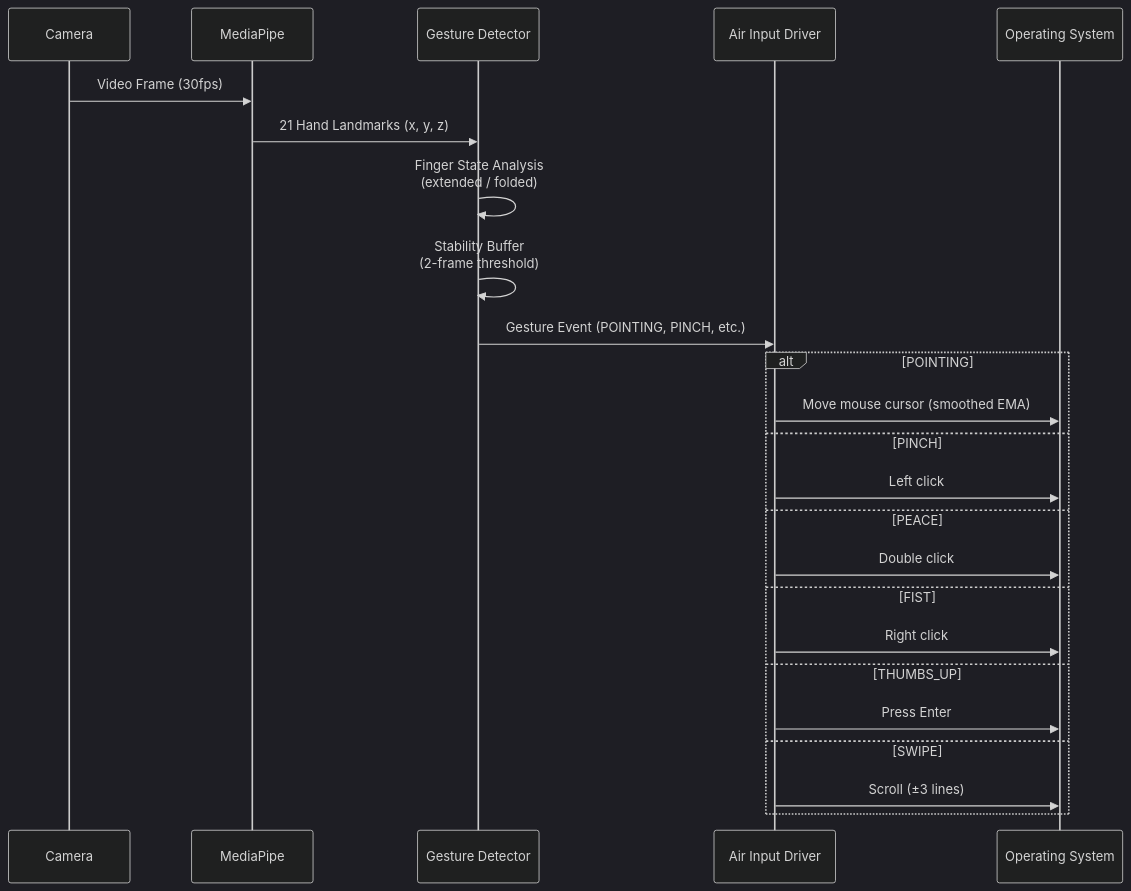
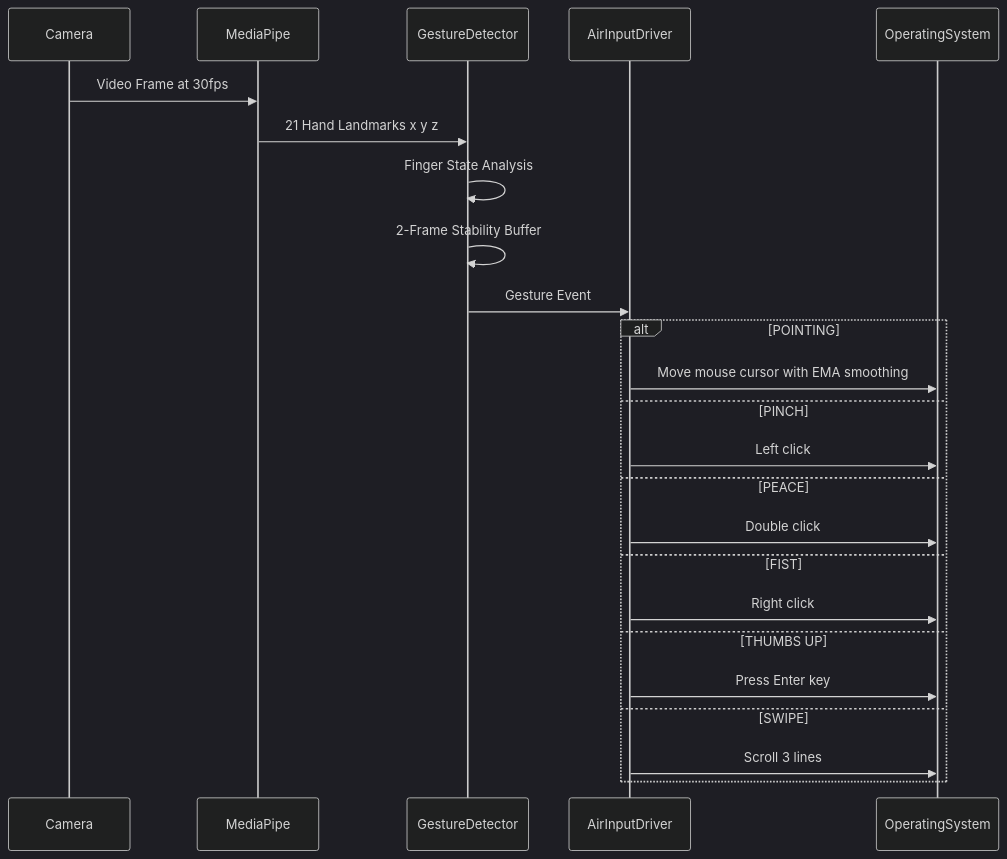
The second of 6 diagrams in README.md (RajTewari01/Spatial_tracer), drawn with Mermaid (dark theme) before and after one commit. The commit also changed other lines of this file, not shown here.

Commit message:
fix: Mermaid diagrams - remove emoji, br tags, style directives for GitHub rendering

````diff
--- a/README.md
+++ b/README.md
@@ -69,28 +65,28 @@
 ```mermaid
 sequenceDiagram
     participant C as Camera
     participant MP as MediaPipe
-    participant GD as Gesture Detector
-    participant D as Air Input Driver
-    participant OS as Operating System
+    participant GD as GestureDetector
+    participant D as AirInputDriver
+    participant OS as OperatingSystem
 
-    C->>MP: Video Frame (30fps)
-    MP->>GD: 21 Hand Landmarks (x, y, z)
-    GD->>GD: Finger State Analysis<br/>(extended / folded)
-    GD->>GD: Stability Buffer<br/>(2-frame threshold)
-    GD->>D: Gesture Event (POINTING, PINCH, etc.)
-    
+    C->>MP: Video Frame at 30fps
+    MP->>GD: 21 Hand Landmarks x y z
+    GD->>GD: Finger State Analysis
+    GD->>GD: 2-Frame Stability Buffer
+    GD->>D: Gesture Event
+
     alt POINTING
-        D->>OS: Move mouse cursor (smoothed EMA)
+        D->>OS: Move mouse cursor with EMA smoothing
     else PINCH
         D->>OS: Left click
     else PEACE
         D->>OS: Double click
     else FIST
         D->>OS: Right click
-    else THUMBS_UP
-        D->>OS: Press Enter
+    else THUMBS UP
+        D->>OS: Press Enter key
     else SWIPE
-        D->>OS: Scroll (±3 lines)
+        D->>OS: Scroll 3 lines
     end
 ```
````
